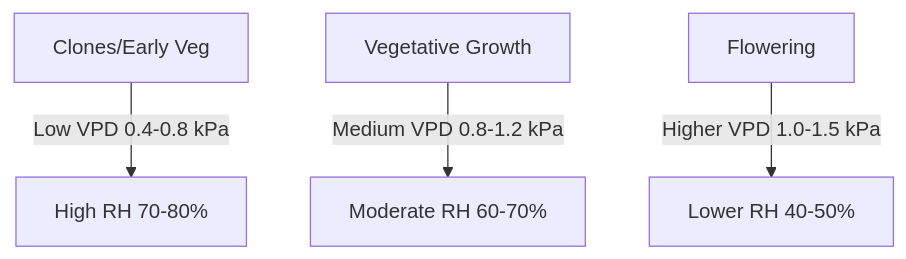
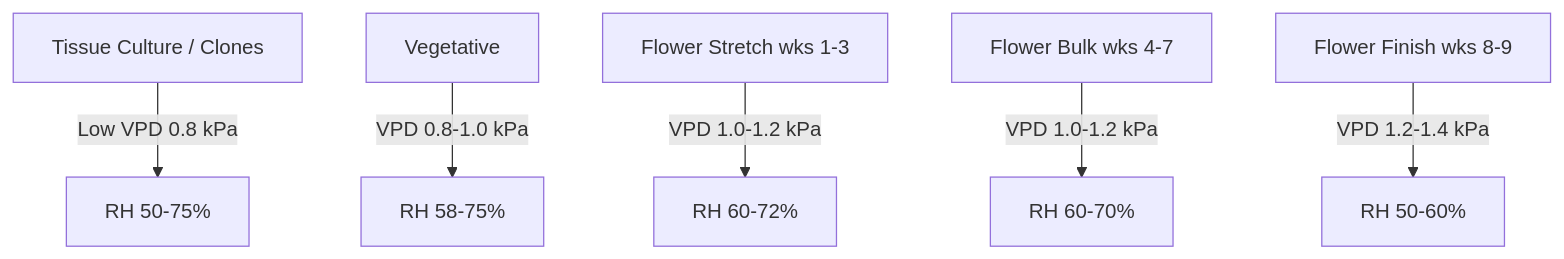
The eighth of 8 diagrams in growingSOPs/Environment reference guide.md (JakeTheRabbit/HAGR), drawn with Mermaid before and after one commit. The commit also changed other lines of this file, not shown here.

````diff
--- a/growingSOPs/Environment reference guide.md
+++ b/growingSOPs/Environment reference guide.md
@@ -113,6 +114,8 @@
 ```mermaid
 graph TD
-    AC[Clones/Early Veg] -->|Low VPD 0.4-0.8 kPa| AD[High RH 70-80%]
-    AE[Vegetative Growth] -->|Medium VPD 0.8-1.2 kPa| AF[Moderate RH 60-70%]
-    AG[Flowering] -->|Higher VPD 1.0-1.5 kPa| AH[Lower RH 40-50%]
+    AC[Tissue Culture / Clones] -->|Low VPD 0.8 kPa| AD[RH 50-75%]
+    AE[Vegetative] -->|VPD 0.8-1.0 kPa| AF[RH 58-75%]
+    AG[Flower Stretch wks 1-3] -->|VPD 1.0-1.2 kPa| AH[RH 60-72%]
+    AI[Flower Bulk wks 4-7] -->|VPD 1.0-1.2 kPa| AJ[RH 60-70%]
+    AK[Flower Finish wks 8-9] -->|VPD 1.2-1.4 kPa| AL[RH 50-60%]
 ```
````
